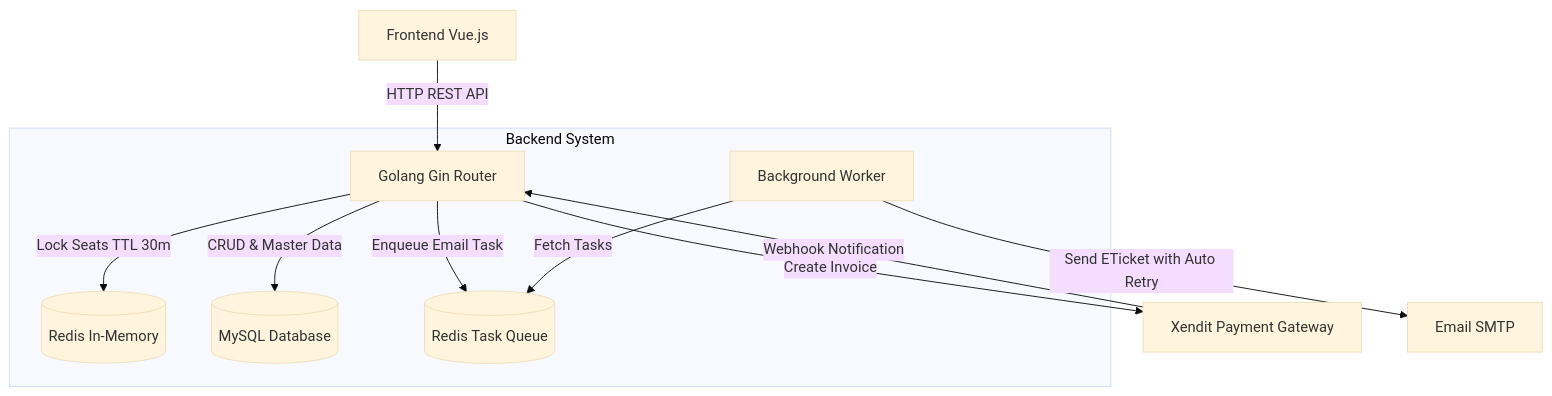
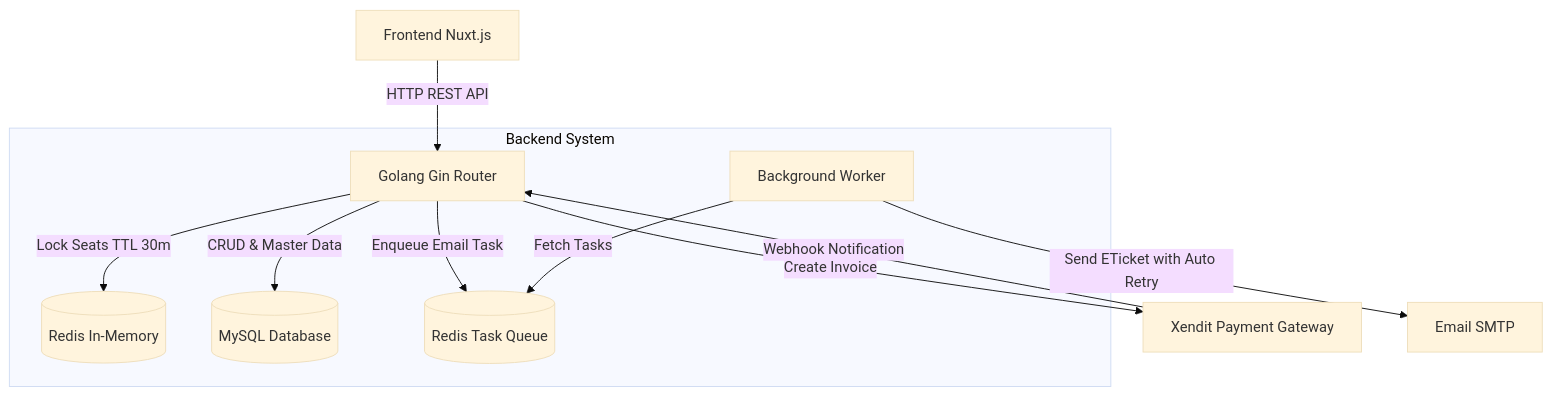
One commit to marifyahya/mesenshuttle changed the first of 3 diagrams in .plans/backend_plan.md. Above: the diagram before and after it, drawn with Mermaid (base theme). The commit also changed other lines of this file and 4 other files, not shown here.

````diff
--- a/.plans/backend_plan.md
+++ b/.plans/backend_plan.md
@@ -9,15 +9,15 @@
 ```mermaid
 graph TD
-    Client[Frontend Vue.js] -->|HTTP REST API| Gin[Golang Gin Router]
-    
+    Client[Frontend Nuxt.js] -->|HTTP REST API| Gin[Golang Gin Router]
+
     subgraph Backend System
         Gin -->|Lock Seats TTL 30m| Redis[(Redis In-Memory)]
         Gin -->|CRUD & Master Data| DB[(MySQL Database)]
         Gin -->|Enqueue Email Task| AsynqQueue[(Redis Task Queue)]
         AsynqWorker[Background Worker] -->|Fetch Tasks| AsynqQueue
     end
-    
+
     Gin -->|Create Invoice| Xendit[Xendit Payment Gateway]
     Xendit -->|Webhook Notification| Gin
     AsynqWorker -->|Send ETicket with Auto Retry| SMTP[Email SMTP]
 ```
````
